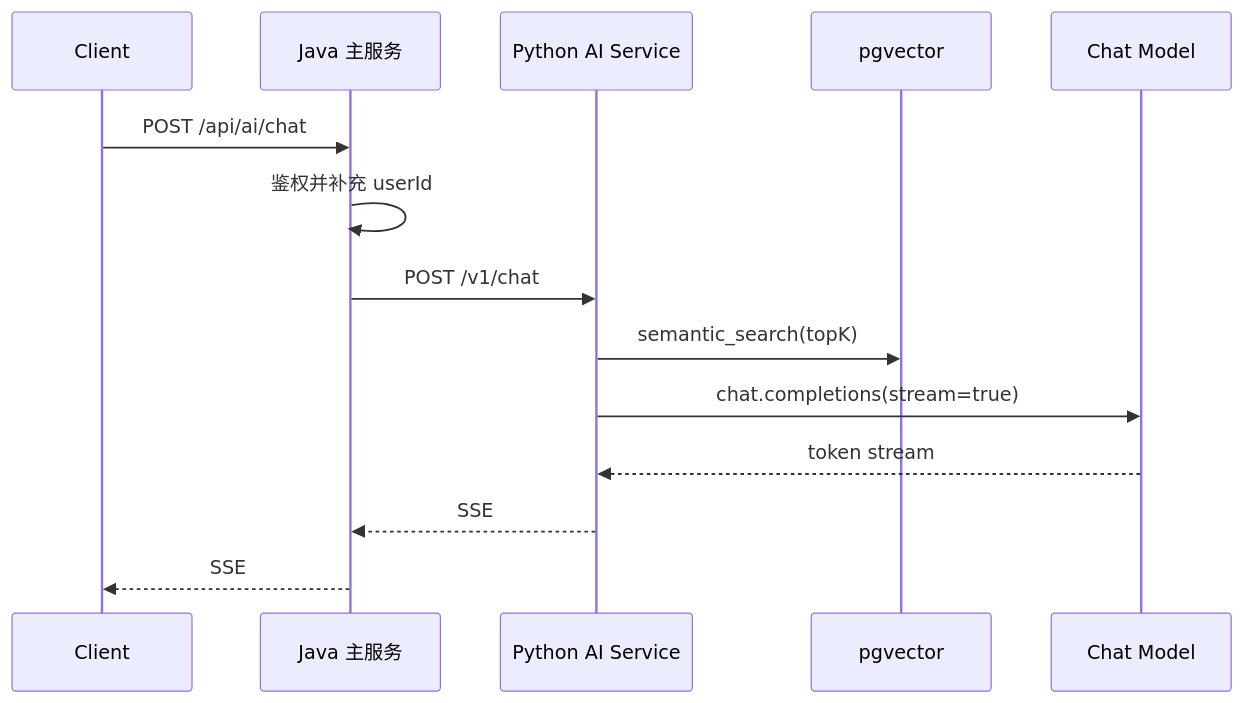
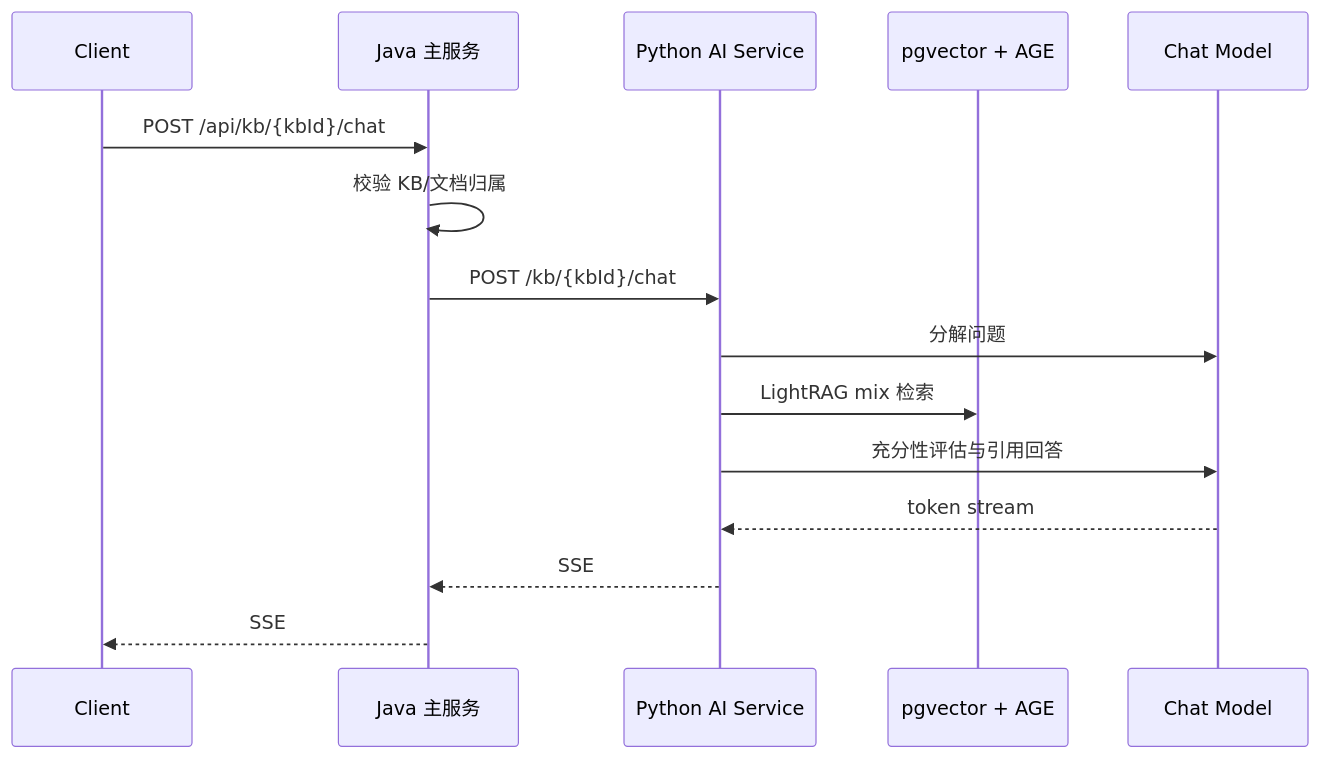
Before and after one commit to Asuka-zzt/AsukaFileList: the fourth of 4 diagrams in docs/overview-design.md, drawn with Mermaid. The commit also changed other lines of this file and 5 other files, not shown here.

Commit message:
docs(ai): 完成 Graph RAG P9 文档同步

````diff
--- a/docs/overview-design.md
+++ b/docs/overview-design.md
@@ -151,17 +153,18 @@
 ```mermaid
 sequenceDiagram
     participant C as Client
     participant Java as Java 主服务
     participant AI as Python AI Service
-    participant PG as pgvector
+    participant PG as pgvector + AGE
     participant LLM as Chat Model
 
-    C->>Java: POST /api/ai/chat
-    Java->>Java: 鉴权并补充 userId
-    Java->>AI: POST /v1/chat
-    AI->>PG: semantic_search(topK)
-    AI->>LLM: chat.completions(stream=true)
+    C->>Java: POST /api/kb/{kbId}/chat
+    Java->>Java: 校验 KB/文档归属
+    Java->>AI: POST /kb/{kbId}/chat
+    AI->>LLM: 分解问题
+    AI->>PG: LightRAG mix 检索
+    AI->>LLM: 充分性评估与引用回答
     LLM-->>AI: token stream
     AI-->>Java: SSE
     Java-->>C: SSE
 ```
````
